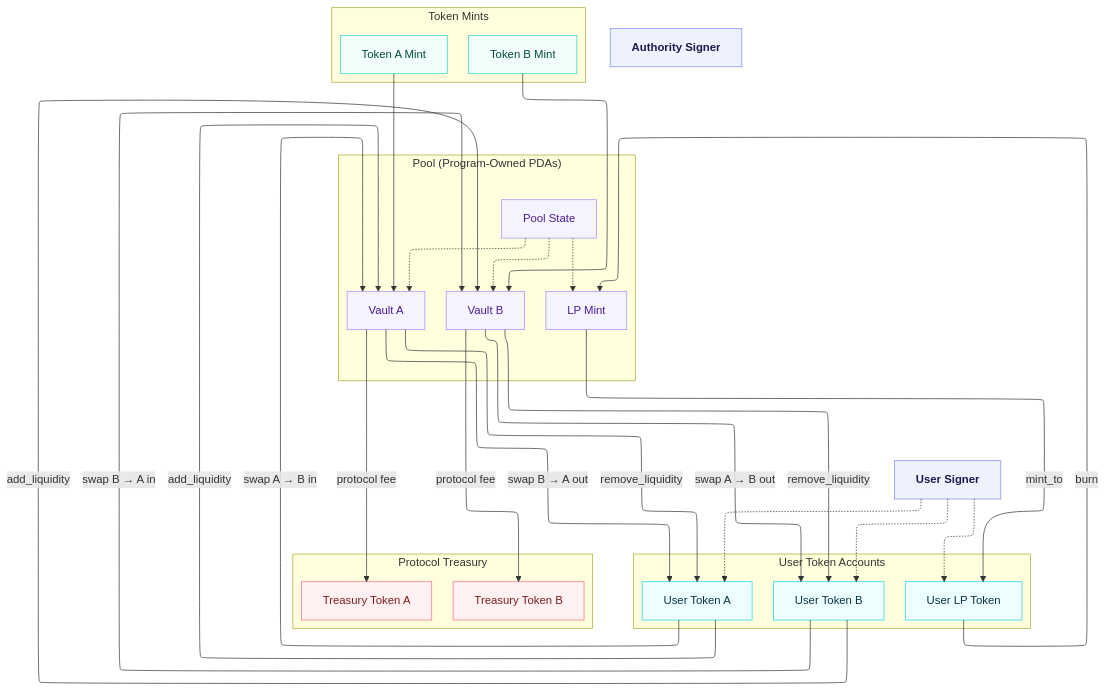
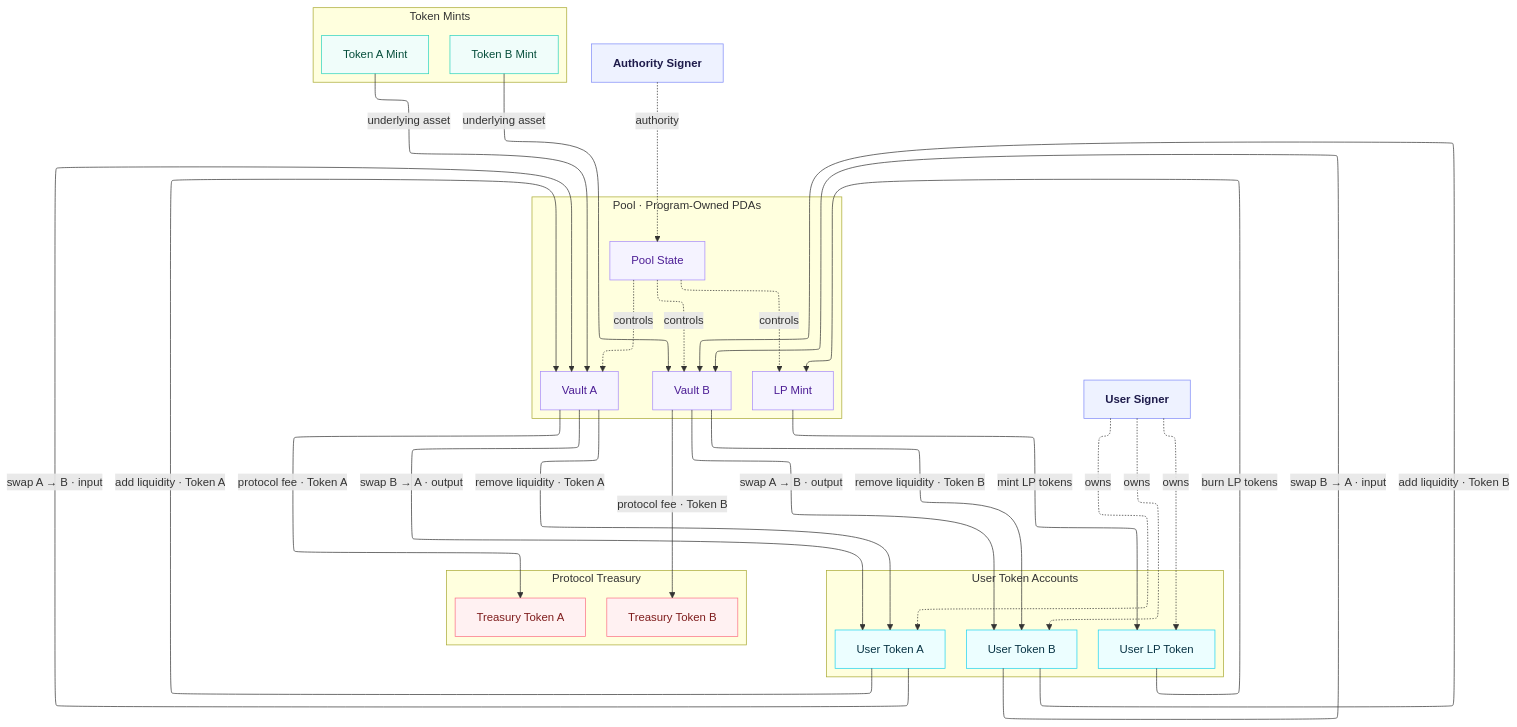
Before and after one commit to dynexian/exia_amm: the diagram in docs/architecture-account-diagram.md, drawn with Mermaid.

````diff
--- a/docs/architecture-account-diagram.md
+++ b/docs/architecture-account-diagram.md
@@ -22,80 +22,99 @@
 config:
   layout: elk
 ---
-
 flowchart TD
-    %% === Class Definitions ===
+    %% ─────────────────────────────────────────
+    %% Styles
+    %% ─────────────────────────────────────────
     classDef signer fill:#eef2ff,stroke:#818cf8,color:#1e1b4b,font-weight:bold
     classDef mint fill:#f0fdfa,stroke:#2dd4bf,color:#064e3b
     classDef pda fill:#f5f3ff,stroke:#a78bfa,color:#4c1d95
     classDef user fill:#ecfeff,stroke:#22d3ee,color:#083344
     classDef treasury fill:#fff1f2,stroke:#fb7185,color:#7f1d1d
 
-    %% === Actors ===
-    User[User Signer]:::signer
-    Admin[Authority Signer]:::signer
+    %% ─────────────────────────────────────────
+    %% Signers
+    %% ─────────────────────────────────────────
+    User["User Signer"]:::signer
+    Admin["Authority Signer"]:::signer
 
-    %% === Token Mints ===
-    subgraph Mints[Token Mints]
-        direction TB
-        TA[Token A Mint]:::mint
-        TB[Token B Mint]:::mint
+    %% ─────────────────────────────────────────
+    %% Token Mints
+    %% ─────────────────────────────────────────
+    subgraph Mints["Token Mints"]
+        direction LR
+        TA["Token A Mint"]:::mint
+        TB["Token B Mint"]:::mint
     end
 
-    %% === Pool (Program Owned PDAs) ===
-    subgraph Pool["Pool (Program-Owned PDAs)"]
+    %% ─────────────────────────────────────────
+    %% Pool Accounts
+    %% ─────────────────────────────────────────
+    subgraph Pool["Pool · Program-Owned PDAs"]
         direction TB
-        PS[Pool State]:::pda
-        VA[Vault A]:::pda
-        VB[Vault B]:::pda
-        LP[LP Mint]:::pda
+        PS["Pool State"]:::pda
+        VA["Vault A"]:::pda
+        VB["Vault B"]:::pda
+        LP["LP Mint"]:::pda
     end
 
-    %% === User Token Accounts ===
-    subgraph UserAccts[User Token Accounts]
+    %% ─────────────────────────────────────────
+    %% User Token Accounts
+    %% ─────────────────────────────────────────
+    subgraph UserAccts["User Token Accounts"]
         direction TB
-        UTA[User Token A]:::user
-        UTB[User Token B]:::user
-        ULP[User LP Token]:::user
+        UTA["User Token A"]:::user
+        UTB["User Token B"]:::user
+        ULP["User LP Token"]:::user
     end
 
-    %% === Treasury ===
-    subgraph Treasury[Protocol Treasury]
+    %% ─────────────────────────────────────────
+    %% Protocol Treasury
+    %% ─────────────────────────────────────────
+    subgraph Treasury["Protocol Treasury"]
         direction TB
-        TRA[Treasury Token A]:::treasury
-        TRB[Treasury Token B]:::treasury
+        TRA["Treasury Token A"]:::treasury
+        TRB["Treasury Token B"]:::treasury
     end
 
-    %% === Mint to Vault Connections ===
-    TA --> VA
-    TB --> VB
+    %% ─────────────────────────────────────────
+    %% Authority and ownership
+    %% ─────────────────────────────────────────
+    Admin -. "authority" .-> PS
+    TA -->|"underlying asset"| VA
+    TB -->|"underlying asset"| VB
 
-    %% === Pool Control Links ===
-    PS -.-> VA
-    PS -.-> VB
-    PS -.-> LP
+    PS -. "controls" .-> VA
+    PS -. "controls" .-> VB
+    PS -. "controls" .-> LP
 
-    %% === User ↔ Accounts ===
-    User -.-> UTA
-    User -.-> UTB
-    User -.-> ULP
+    User -. "owns" .-> UTA
+    User -. "owns" .-> UTB
+    User -. "owns" .-> ULP
 
-    %% === Liquidity Actions ===
-    UTA -->|add_liquidity| VA
-    UTB -->|add_liquidity| VB
-    LP -->|mint_to| ULP
+    %% ─────────────────────────────────────────
+    %% Liquidity flows
+    %% ─────────────────────────────────────────
+    UTA -->|"add liquidity · Token A"| VA
+    UTB -->|"add liquidity · Token B"| VB
+    LP -->|"mint LP tokens"| ULP
 
-    VA -->|remove_liquidity| UTA
-    VB -->|remove_liquidity| UTB
-    ULP -->|burn| LP
+    VA -->|"remove liquidity · Token A"| UTA
+    VB -->|"remove liquidity · Token B"| UTB
+    ULP -->|"burn LP tokens"| LP
 
-    %% === Swap Routes ===
-    UTA -->|"swap A → B in"| VA
-    VB -->|"swap A → B out"| UTB
-    UTB -->|"swap B → A in"| VB
-    VA -->|"swap B → A out"| UTA
+    %% ─────────────────────────────────────────
+    %% Swap flows
+    %% ─────────────────────────────────────────
+    UTA -->|"swap A → B · input"| VA
+    VB -->|"swap A → B · output"| UTB
 
-    %% === Protocol Fees ===
-    VA -->|protocol fee| TRA
-    VB -->|protocol fee| TRB
+    UTB -->|"swap B → A · input"| VB
+    VA -->|"swap B → A · output"| UTA
+
+    %% ─────────────────────────────────────────
+    %% Fee flows
+    %% ─────────────────────────────────────────
+    VA -->|"protocol fee · Token A"| TRA
+    VB -->|"protocol fee · Token B"| TRB
 ```
````
